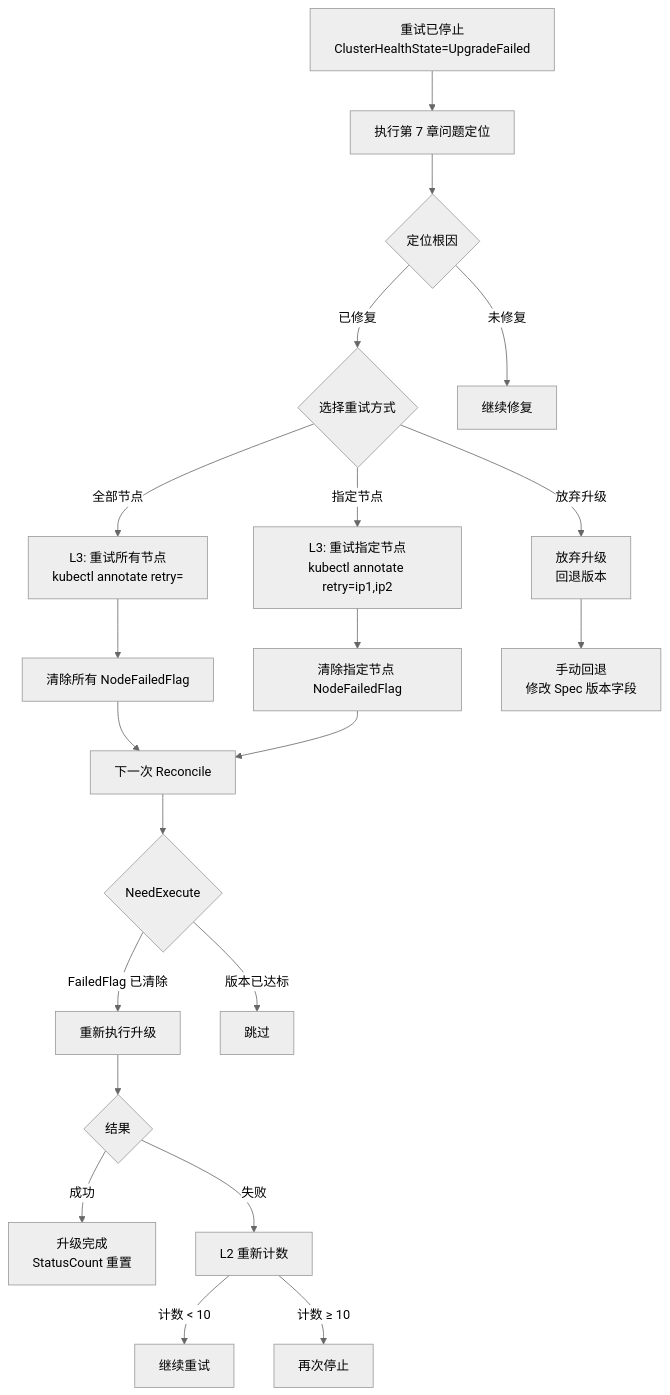
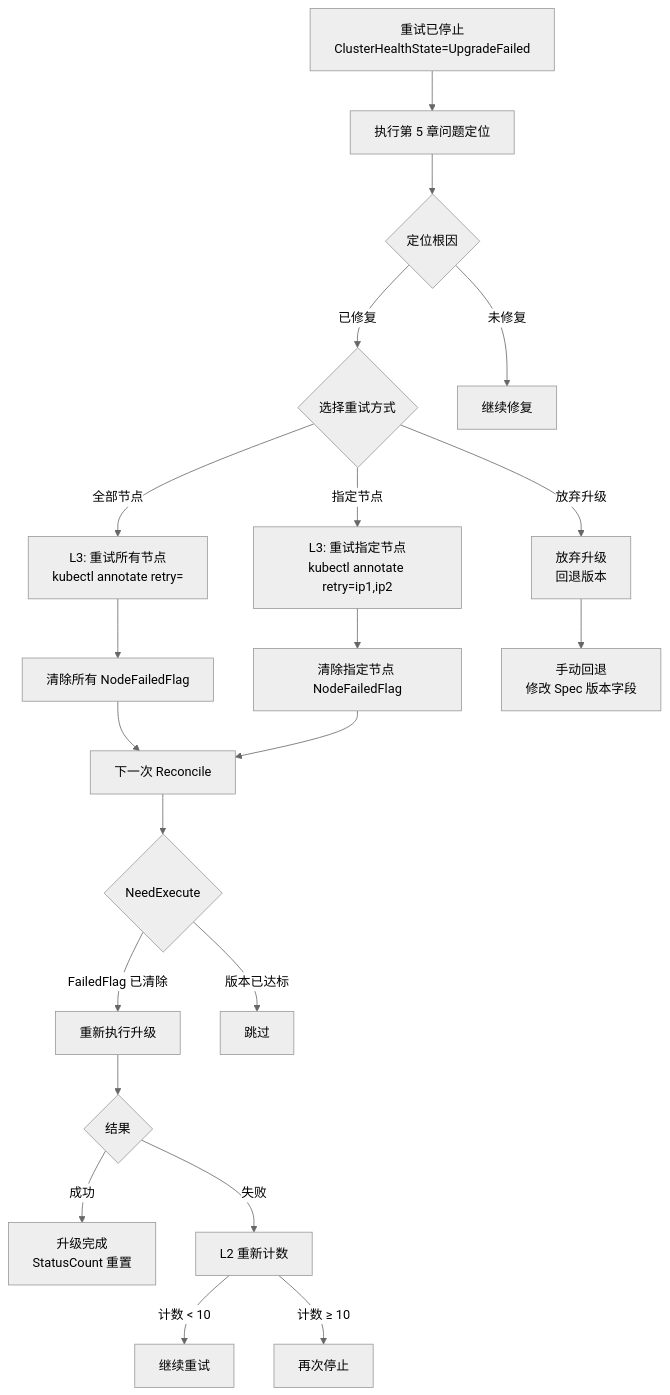
Before and after one commit to javadoors/cluster-api-provider-bke: diagram 16 of 17 in code/specification/升级规格.md, drawn with Mermaid (neutral theme). The commit also changed other lines of this file, not shown here.

````diff
--- a/code/specification/升级规格.md
+++ b/code/specification/升级规格.md
@@ -1644,32 +1646,32 @@
 ```mermaid
 flowchart TD
-    Stop[重试已停止<br/>ClusterHealthState=UpgradeFailed] --> Investigate[执行第 7 章问题定位]
+    Stop[重试已停止<br/>ClusterHealthState=UpgradeFailed] --> Investigate[执行第 5 章问题定位]
 
     Investigate --> RootCause{定位根因}
 
     RootCause -->|已修复| DecideRetry{选择重试方式}
     RootCause -->|未修复| ContinueFix[继续修复]
 
     DecideRetry -->|全部节点| RetryAll[L3: 重试所有节点<br/>kubectl annotate retry=]
     DecideRetry -->|指定节点| RetrySpecific[L3: 重试指定节点<br/>kubectl annotate retry=ip1,ip2]
     DecideRetry -->|放弃升级| Abandon[放弃升级<br/>回退版本]
 
     RetryAll --> ClearFlag1[清除所有 NodeFailedFlag]
     RetrySpecific --> ClearFlag2[清除指定节点 NodeFailedFlag]
 
     ClearFlag1 --> Reconcile[下一次 Reconcile]
     ClearFlag2 --> Reconcile
 
     Reconcile --> NeedExecute2{NeedExecute}
     NeedExecute2 -->|FailedFlag 已清除| ReExecute[重新执行升级]
     NeedExecute2 -->|版本已达标| Skip2[跳过]
 
     ReExecute --> Result{结果}
     Result -->|成功| Success[升级完成<br/>StatusCount 重置]
     Result -->|失败| L2Again[L2 重新计数]
 
     L2Again -->|计数 < 10| Continue[继续重试]
     L2Again -->|计数 ≥ 10| Stop2[再次停止]
 
     Abandon --> Rollback[手动回退<br/>修改 Spec 版本字段]
 ```
````
